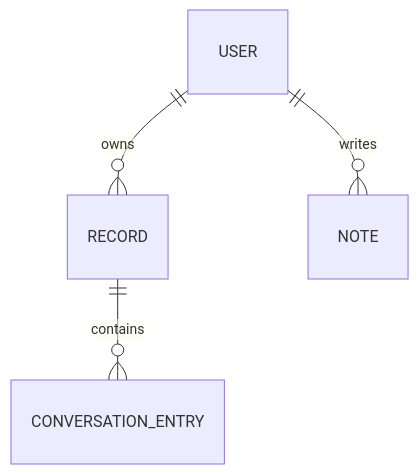
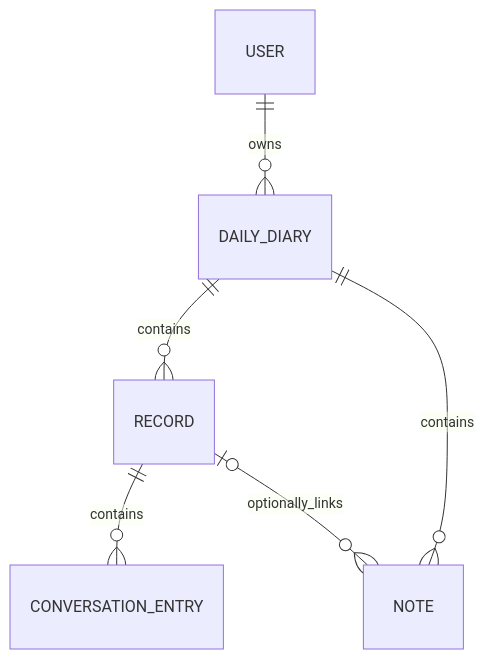
One commit to eleriamarkangel/MyDawnDiary changed the diagram in DATA_MODEL_DRAFT.md. Above: the diagram before and after it, drawn with Mermaid. The commit also changed other lines of this file and 2 other files, not shown here.

Commit message:
Define daily diary structure and editable AI entries

````diff
--- a/DATA_MODEL_DRAFT.md
+++ b/DATA_MODEL_DRAFT.md
@@ -7,6 +7,8 @@
 ```mermaid
 erDiagram
-    USER ||--o{ RECORD : owns
-    USER ||--o{ NOTE : writes
+    USER ||--o{ DAILY_DIARY : owns
+    DAILY_DIARY ||--o{ RECORD : contains
+    DAILY_DIARY ||--o{ NOTE : contains
     RECORD ||--o{ CONVERSATION_ENTRY : contains
+    RECORD o|--o{ NOTE : optionally_links
 ```
````
